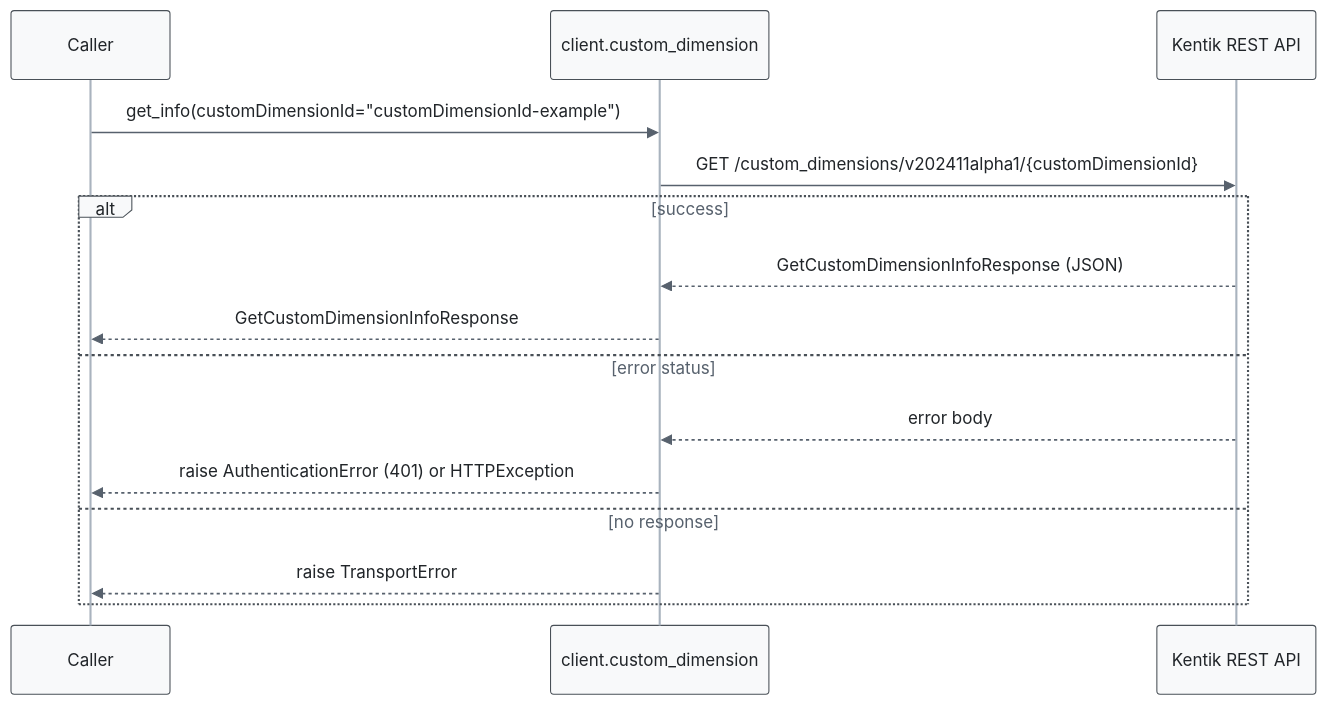
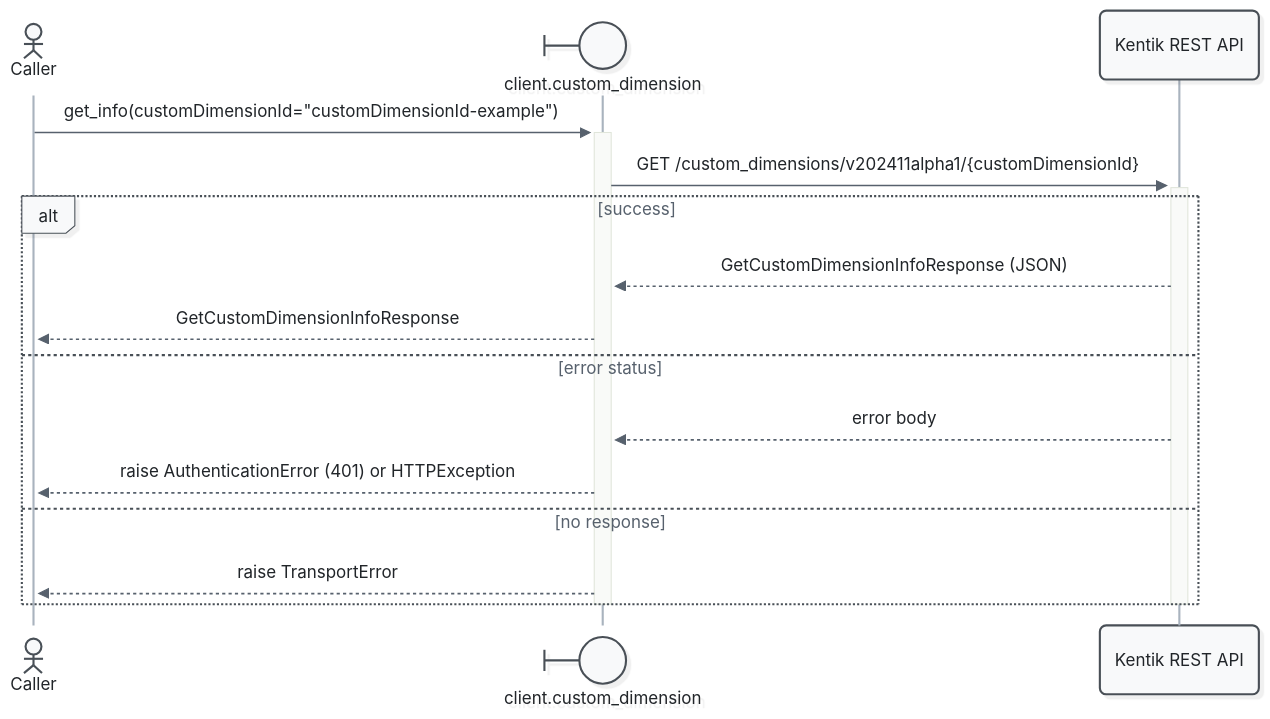
The third of 21 diagrams in docs/sphinx/services/custom_dimension.md (alexdearaujo/community_sdk_python), drawn with Mermaid before and after one commit. The commit also changed other lines of this file and 52 other files, not shown here.

First line of the commit message:
docs: Mermaid 12 sequence diagrams with participant types and path colors

````diff
--- a/docs/sphinx/services/custom_dimension.md
+++ b/docs/sphinx/services/custom_dimension.md
@@ -103,19 +108,21 @@
 ```mermaid
-%%{init: {"theme": "base", "fontFamily": "ui-monospace, SFMono-Regular, Menlo, monospace", "themeVariables": {"fontFamily": "ui-monospace, SFMono-Regular, Menlo, monospace", "primaryColor": "#f8f9fa", "primaryBorderColor": "#495057", "primaryTextColor": "#212529", "textColor": "#212529", "lineColor": "#77818c", "edgeLabelBackground": "#ffffff", "actorBkg": "#f8f9fa", "actorBorder": "#495057", "actorTextColor": "#212529", "actorLineColor": "#a9b3be", "signalColor": "#57616d", "signalTextColor": "#212529", "labelBoxBkgColor": "#f8f9fa", "labelBoxBorderColor": "#495057", "labelTextColor": "#212529", "loopTextColor": "#57616d", "noteBkgColor": "#fff9db", "noteBorderColor": "#f08c00", "noteTextColor": "#a35a00"}, "flowchart": {"curve": "step", "nodeSpacing": 30, "rankSpacing": 70, "wrappingWidth": 400}}}%%
+%%{init: {"theme": "redux", "look": "neo", "layout": "dagre", "fontFamily": "ui-monospace, SFMono-Regular, Menlo, monospace", "themeVariables": {"fontFamily": "ui-monospace, SFMono-Regular, Menlo, monospace", "primaryColor": "#f8f9fa", "primaryBorderColor": "#495057", "primaryTextColor": "#212529", "textColor": "#212529", "lineColor": "#77818c", "edgeLabelBackground": "#ffffff", "actorBkg": "#f8f9fa", "actorBorder": "#495057", "actorTextColor": "#212529", "actorLineColor": "#a9b3be", "signalColor": "#57616d", "signalTextColor": "#212529", "labelBoxBkgColor": "#f8f9fa", "labelBoxBorderColor": "#495057", "labelTextColor": "#212529", "loopTextColor": "#57616d", "noteBkgColor": "#fff9db", "noteBorderColor": "#f08c00", "noteTextColor": "#a35a00"}, "sequence": {"activationWidth": 16}, "flowchart": {"curve": "step", "nodeSpacing": 30, "rankSpacing": 70, "wrappingWidth": 400}}}%%
 sequenceDiagram
-    participant C as Caller
-    participant W as client.custom_dimension
+    actor C as Caller
+    participant W@{ "type": "boundary" } as client.custom_dimension
     participant API as Kentik REST API
 
-    C->>W: get_info(customDimensionId="customDimensionId-example")
-    W->>API: GET /custom_dimensions/v202411alpha1/{customDimensionId}
+    C->>+W: get_info(customDimensionId="customDimensionId-example")
+    W->>+API: GET /custom_dimensions/v202411alpha1/{customDimensionId}
     alt success
         API-->>W: GetCustomDimensionInfoResponse (JSON)
         W-->>C: GetCustomDimensionInfoResponse
     else error status
         API-->>W: error body
         W-->>C: raise AuthenticationError (401) or HTTPException
     else no response
         W-->>C: raise TransportError
     end
+    deactivate API
+    deactivate W
 ```
````
